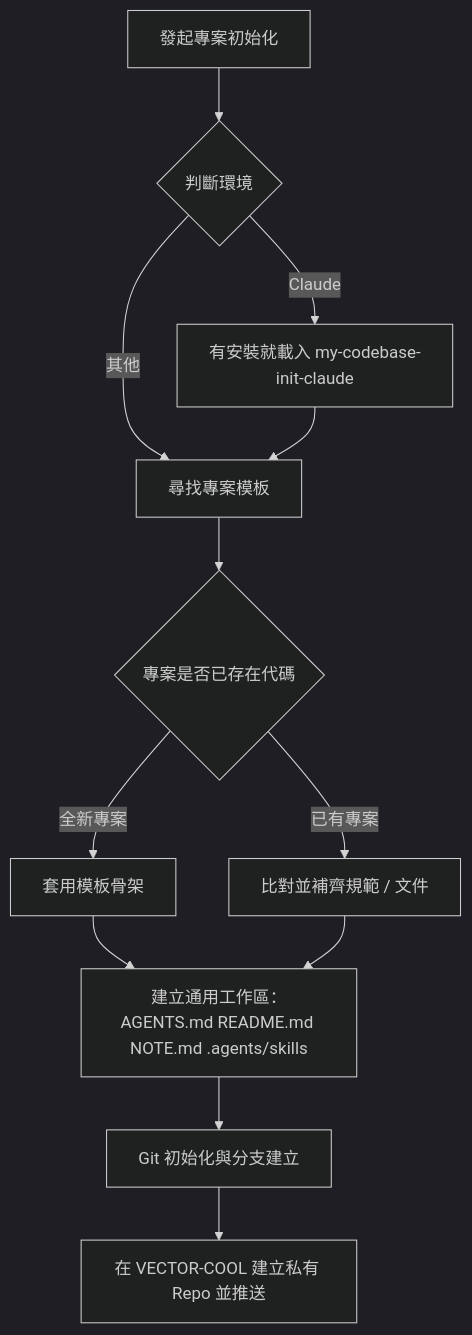
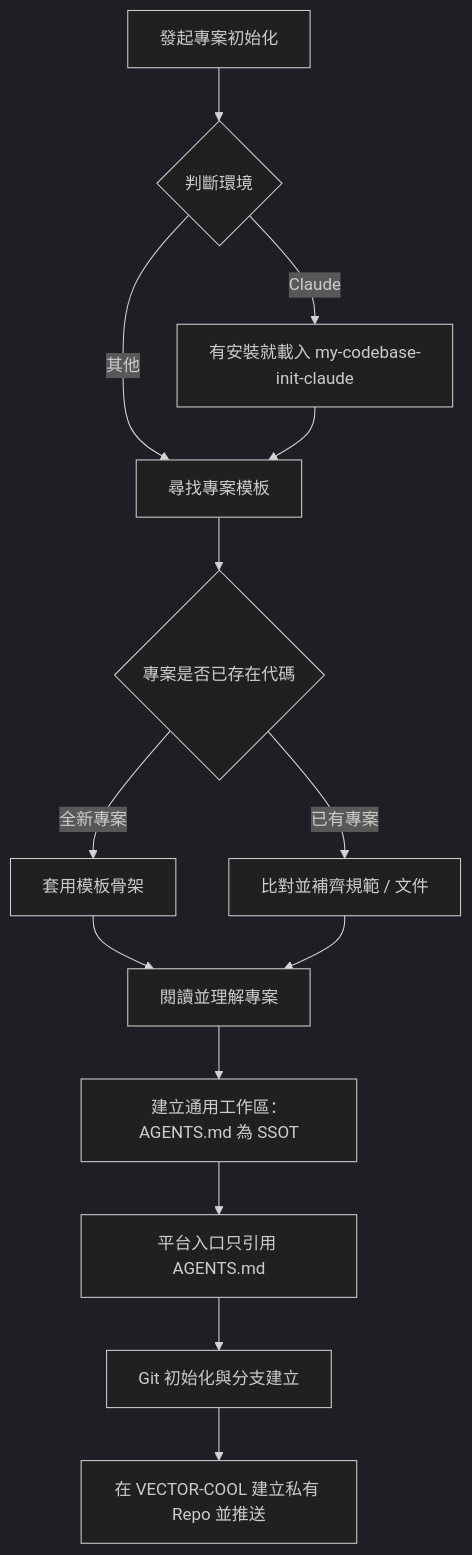
The diagram in my-plugins/my-workflow/skills/my-codebase-init/SKILL.md (VECTOR-COOL/my-agent-toolkit), drawn with Mermaid (dark theme) before and after one commit. The commit also changed other lines of this file and 12 other files, not shown here.

First line of the commit message:
feat(plugin): init reads and understands the project first, AGENTS.md as SSOT with platform entries referencing it, bump 1.15.6

````diff
--- a/my-plugins/my-workflow/skills/my-codebase-init/SKILL.md
+++ b/my-plugins/my-workflow/skills/my-codebase-init/SKILL.md
@@ -10,14 +10,16 @@
 ```mermaid
 graph TD
   A[發起專案初始化] --> R{判斷環境}
   R -->|Claude| CL[有安裝就載入 my-codebase-init-claude]
   R -->|其他| B[尋找專案模板]
   CL --> B
   B --> C{專案是否已存在代碼}
   C -->|全新專案| D[套用模板骨架]
   C -->|已有專案| E[比對並補齊規範 / 文件]
-  D --> F[建立通用工作區：AGENTS.md README.md NOTE.md .agents/skills]
-  E --> F
-  F --> G[Git 初始化與分支建立]
+  D --> U[閱讀並理解專案]
+  E --> U
+  U --> F[建立通用工作區：AGENTS.md 為 SSOT]
+  F --> P[平台入口只引用 AGENTS.md]
+  P --> G[Git 初始化與分支建立]
   G --> H[在 VECTOR-COOL 建立私有 Repo 並推送]
 ```
````
